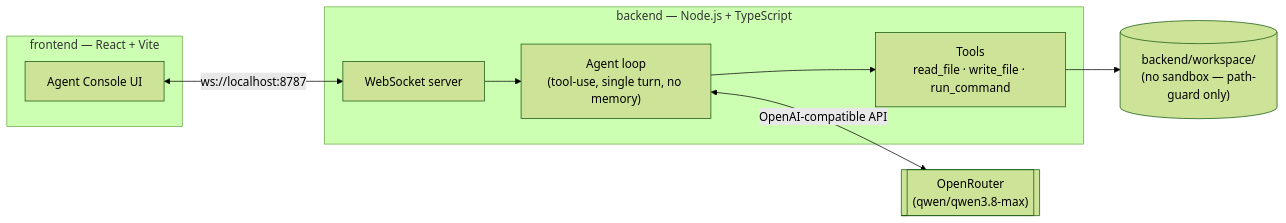
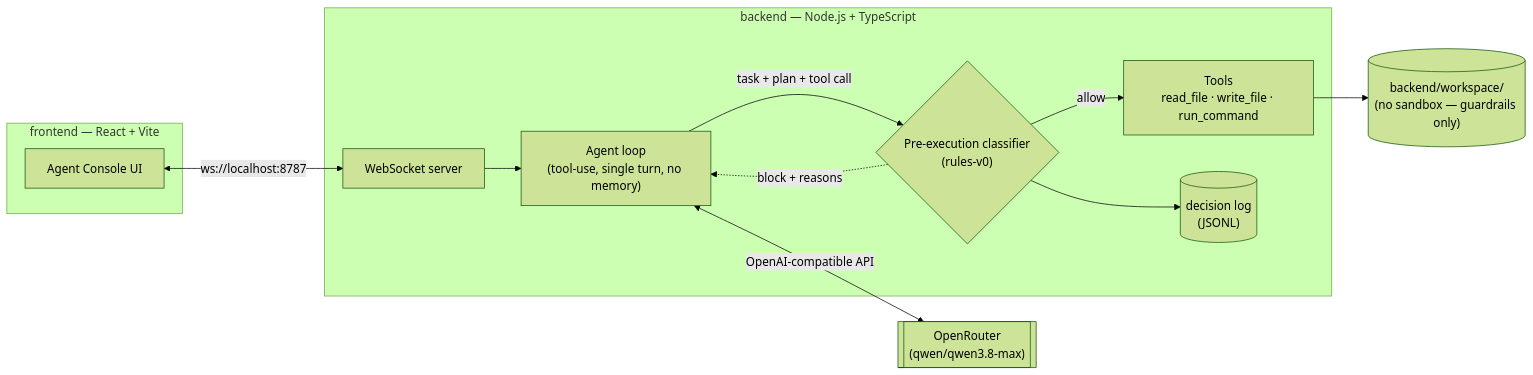
One commit to halilxibrahim/kmc-code changed the first of 2 diagrams in README.md. Above: the diagram before and after it, drawn with Mermaid (forest theme). The commit also changed other lines of this file and 13 other files, not shown here.

First line of the commit message:
feat: add rule-based pre-execution classifier for tool calls

````diff
--- a/README.md
+++ b/README.md
@@ -31,21 +40,26 @@
 ```mermaid
 flowchart LR
     subgraph Client["frontend — React + Vite"]
         UI["Agent Console UI"]
     end
 
     subgraph Server["backend — Node.js + TypeScript"]
         WS["WebSocket server"]
         Loop["Agent loop\n(tool-use, single turn, no memory)"]
+        Guard{"Pre-execution classifier\n(rules-v0)"}
         Tools["Tools\nread_file · write_file · run_command"]
+        Log[("decision log\n(JSONL)")]
     end
 
-    Workspace[("backend/workspace/\n(no sandbox — path-guard only)")]
+    Workspace[("backend/workspace/\n(no sandbox — guardrails only)")]
     Provider[["OpenRouter\n(qwen/qwen3.8-max)"]]
 
     UI <-- "ws://localhost:8787" --> WS
     WS --> Loop
     Loop <-- "OpenAI-compatible API" --> Provider
-    Loop --> Tools
+    Loop -- "task + plan + tool call" --> Guard
+    Guard -- "allow" --> Tools
+    Guard -. "block + reasons" .-> Loop
+    Guard --> Log
     Tools --> Workspace
 ```
````
